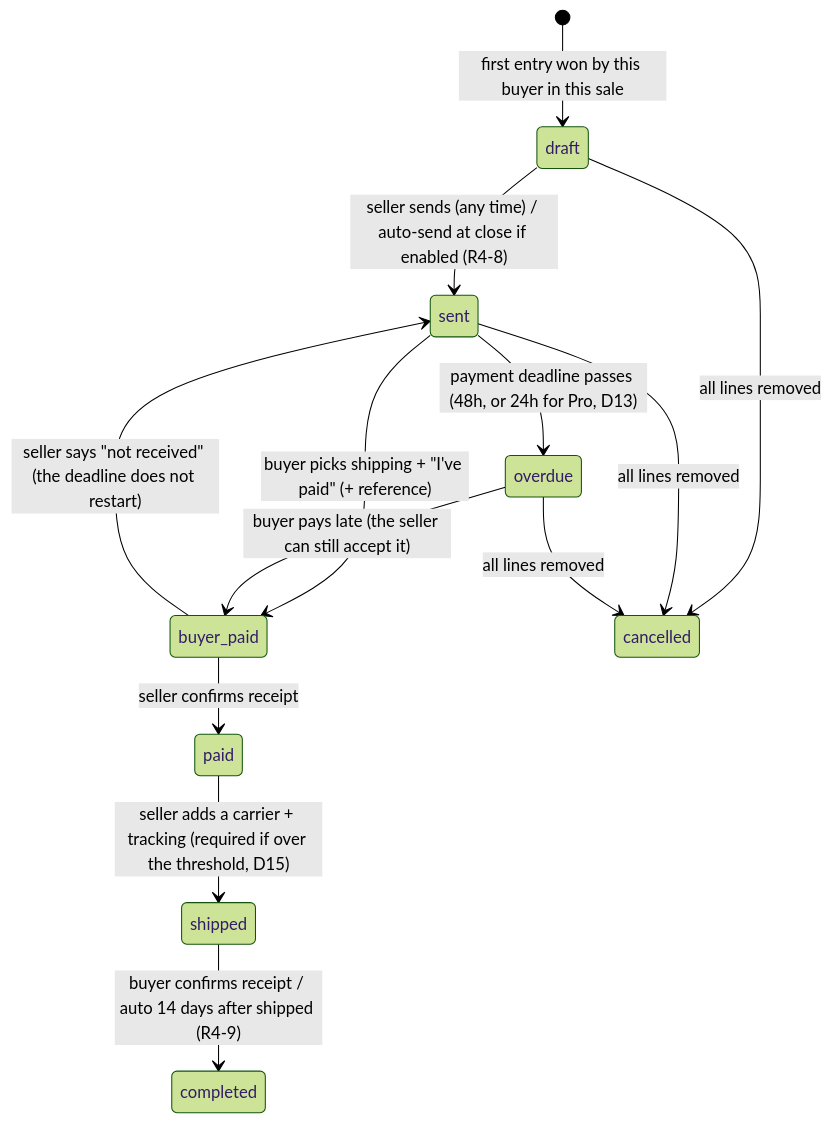
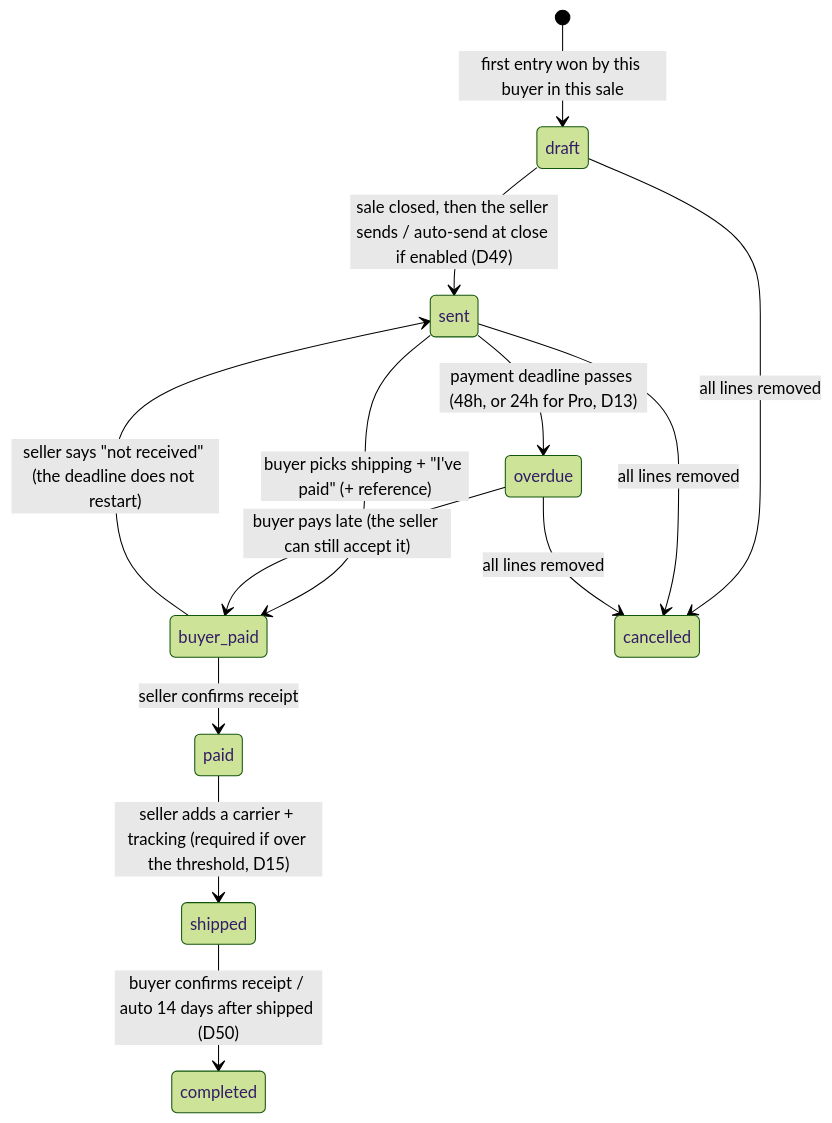
Before and after one commit to AntiTcb/claimsale: the fifth of 5 diagrams in docs/STATE_MACHINES.md, drawn with Mermaid (forest theme). The commit also changed other lines of this file and 2 other files, not shown here.

````diff
--- a/docs/STATE_MACHINES.md
+++ b/docs/STATE_MACHINES.md
@@ -222,15 +251,15 @@
 ```mermaid
 stateDiagram-v2
     [*] --> draft: first entry won by this buyer in this sale
-    draft --> sent: seller sends (any time) / auto-send at close if enabled (R4-8)
+    draft --> sent: sale closed, then the seller sends / auto-send at close if enabled (D49)
     sent --> buyer_paid: buyer picks shipping + "I've paid" (+ reference)
     sent --> overdue: payment deadline passes (48h, or 24h for Pro, D13)
     overdue --> buyer_paid: buyer pays late (the seller can still accept it)
     buyer_paid --> paid: seller confirms receipt
     buyer_paid --> sent: seller says "not received" (the deadline does not restart)
     paid --> shipped: seller adds a carrier + tracking (required if over the threshold, D15)
-    shipped --> completed: buyer confirms receipt / auto 14 days after shipped (R4-9)
+    shipped --> completed: buyer confirms receipt / auto 14 days after shipped (D50)
     draft --> cancelled: all lines removed
     sent --> cancelled: all lines removed
     overdue --> cancelled: all lines removed
 ```
````
